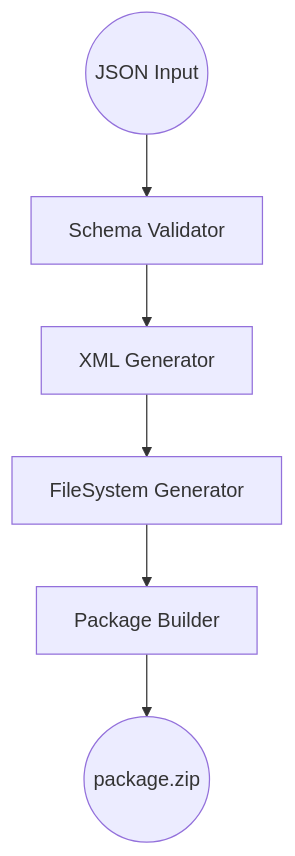
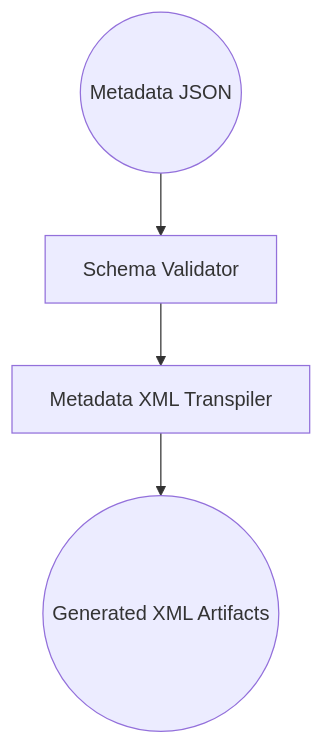
The diagram in docs/Architecture.md (Mishael-dev/SalesforceMetadataTranspiler), drawn with Mermaid before and after one commit. The commit also changed other lines of this file and 29 other files, not shown here.

````diff
--- a/docs/Architecture.md
+++ b/docs/Architecture.md
@@ -9,8 +11,6 @@
 ```mermaid
 flowchart TD
-    A((JSON Input)) --> B[Schema Validator]
-    B --> C[XML Generator]
-    C --> D[FileSystem Generator]
-    D --> E[Package Builder]
-    E --> F((package.zip))
+    A((Metadata JSON)) --> B[Schema Validator]
+    B --> C[Metadata XML Transpiler]
+    C --> D((Generated XML Artifacts))
 ```
````
